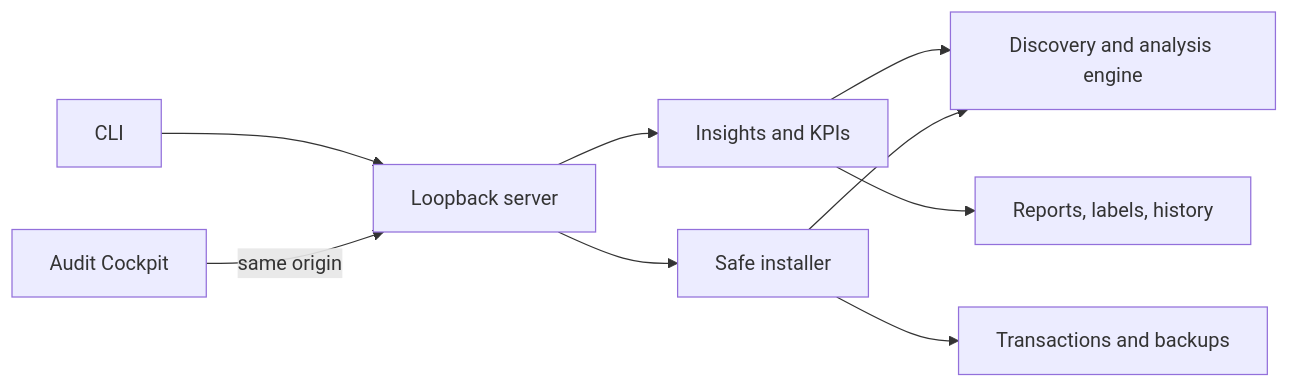
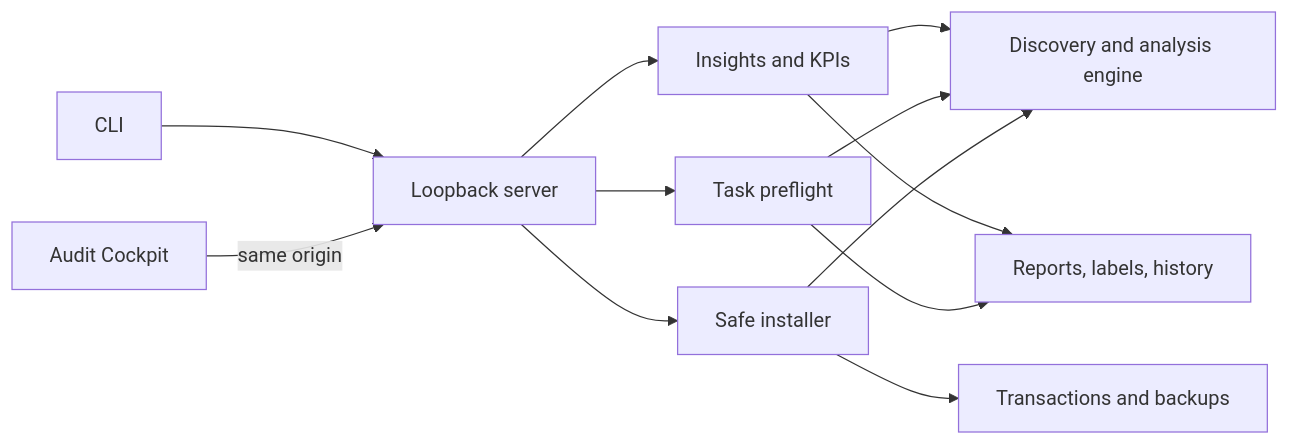
The diagram in docs/architecture.md (CongBao/skill-steward), drawn with Mermaid before and after one commit. The commit also changed other lines of this file and 7 other files, not shown here.

Commit message:
docs: prepare task preflight alpha

````diff
--- a/docs/architecture.md
+++ b/docs/architecture.md
@@ -5,11 +5,14 @@
 ```mermaid
 flowchart LR
   CLI[CLI] --> Server[Loopback server]
   Browser[Audit Cockpit] -->|same origin| Server
   Server --> Insights[Insights and KPIs]
+  Server --> Preflight[Task preflight]
   Server --> Installer[Safe installer]
   Insights --> Engine[Discovery and analysis engine]
   Insights --> Store[Reports, labels, history]
+  Preflight --> Engine
+  Preflight --> Store
   Installer --> Engine
   Installer --> Journal[Transactions and backups]
 ```
````
